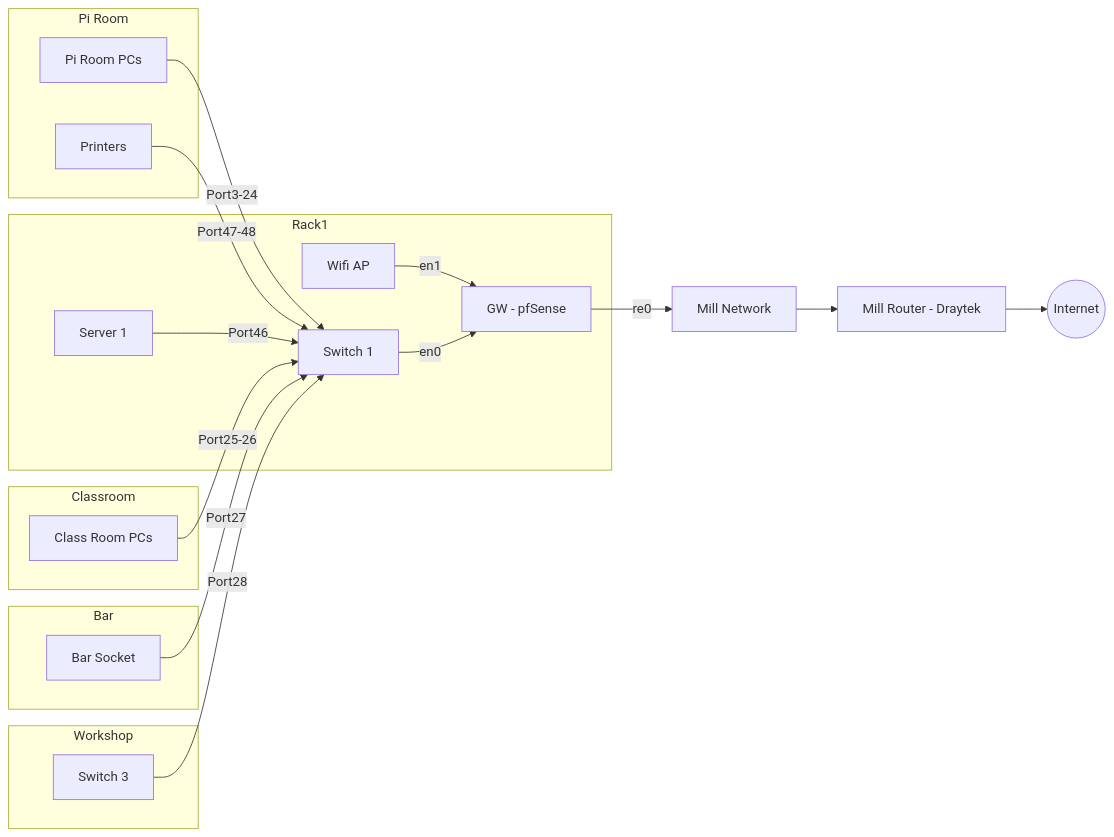
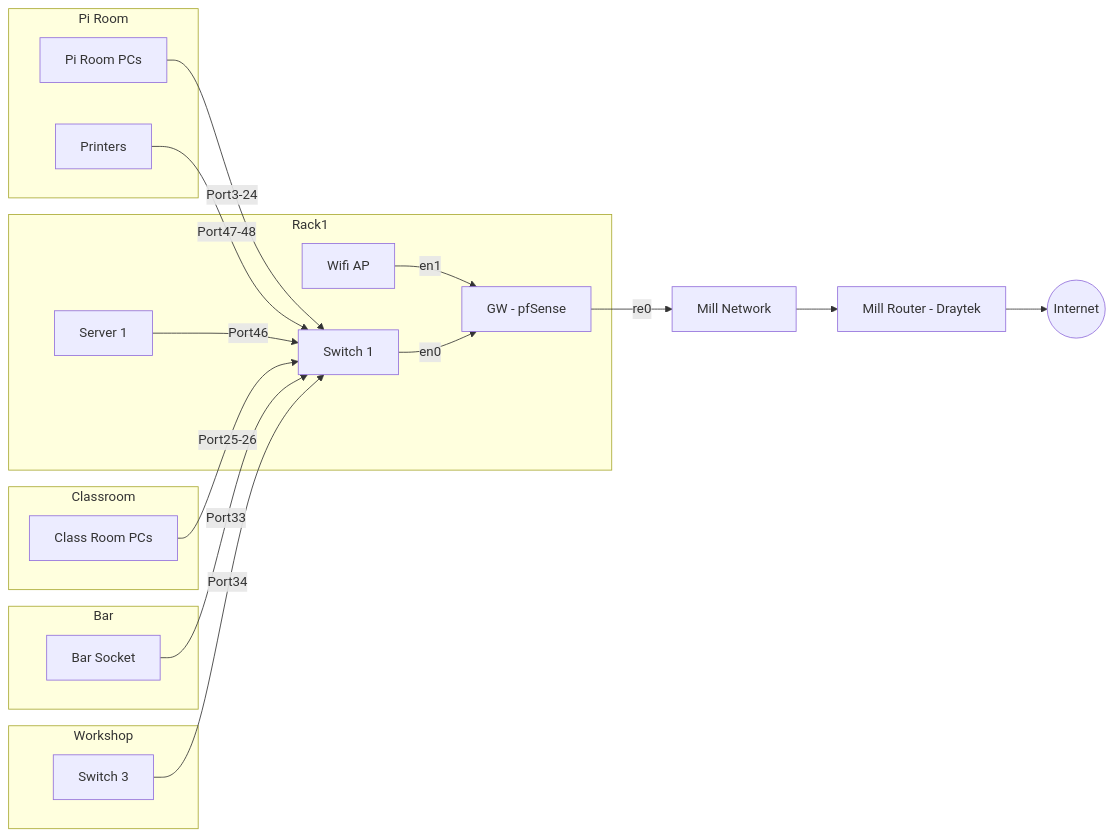
The first of 2 diagrams in docs/membership/member_information/network_layout.md (leigh-hackspace/HackspaceWiki), drawn with Mermaid before and after one commit.

````diff
--- a/docs/membership/member_information/network_layout.md
+++ b/docs/membership/member_information/network_layout.md
@@ -17,29 +17,29 @@
 ```mermaid
 graph LR
     subgraph Rack1
     GW[GW - pfSense] 
     AP[Wifi AP] -->|en1| GW
     SWITCH1[Switch 1] -->|en0| GW
     SERVER1[Server 1] -->|Port46| SWITCH1
     end
 
     GW -->|re0| MILL
     MILL[Mill Network] --> MILLROUTER[Mill Router - Draytek] --> INTERNET((Internet))
     
     subgraph Pi Room
     PIROOMPC[Pi Room PCs] -->|Port3-24| SWITCH1
     PRINTERS[Printers] -->|Port47-48| SWITCH1
     end
 
     subgraph Classroom
     CLASSROOMPC[Class Room PCs] -->|Port25-26| SWITCH1
     end
     
     subgraph Bar
-    BAR[Bar Socket] -->|Port27| SWITCH1
+    BAR[Bar Socket] -->|Port33| SWITCH1
     end
     
     subgraph Workshop
-    SWITCH3[Switch 3] -->|Port28| SWITCH1
+    SWITCH3[Switch 3] -->|Port34| SWITCH1
     end
 ```
````
